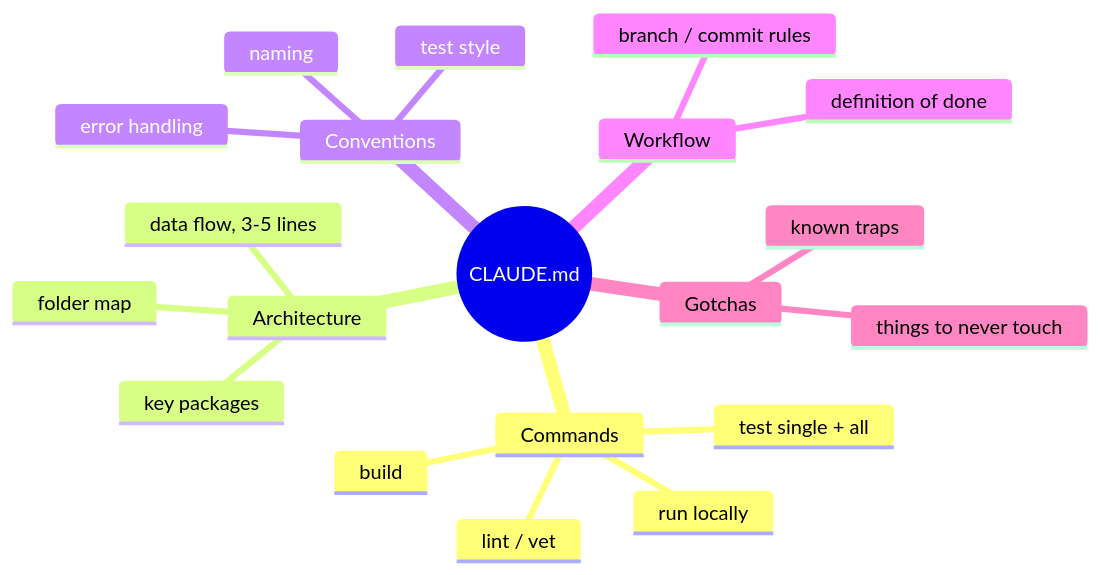
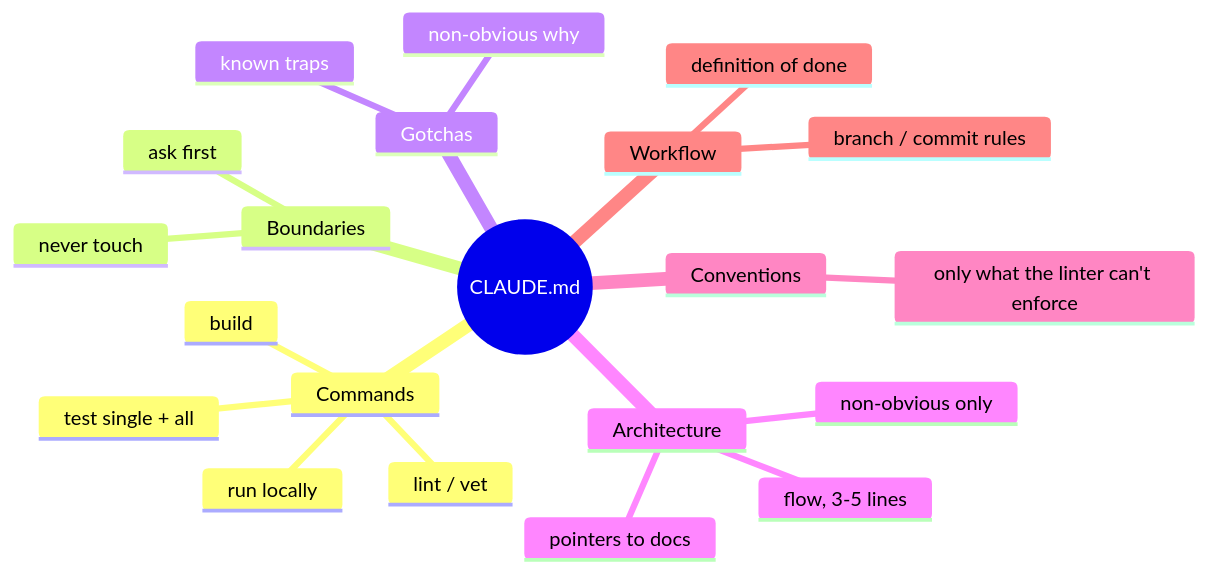
One commit to tomschinelli/ai-engineering-guide changed the second of 3 diagrams in levels/02-project-memory.md. Above: the diagram before and after it, drawn with Mermaid. The commit also changed other lines of this file and 4 other files, not shown here.

First line of the commit message:
CLAUDE.md: only what the agent can't know; reference docs by plain path

````diff
--- a/levels/02-project-memory.md
+++ b/levels/02-project-memory.md
@@ -39,23 +58,24 @@
 ```mermaid
 mindmap
   root((CLAUDE.md))
     Commands
       build
       test single + all
       lint / vet
       run locally
+    Boundaries
+      never touch
+      ask first
+    Gotchas
+      known traps
+      non-obvious why
     Architecture
-      folder map
-      key packages
-      data flow, 3-5 lines
+      non-obvious only
+      flow, 3-5 lines
+      pointers to docs
     Conventions
-      error handling
-      naming
-      test style
+      only what the linter can't enforce
     Workflow
       definition of done
       branch / commit rules
-    Gotchas
-      known traps
-      things to never touch
 ```
````
